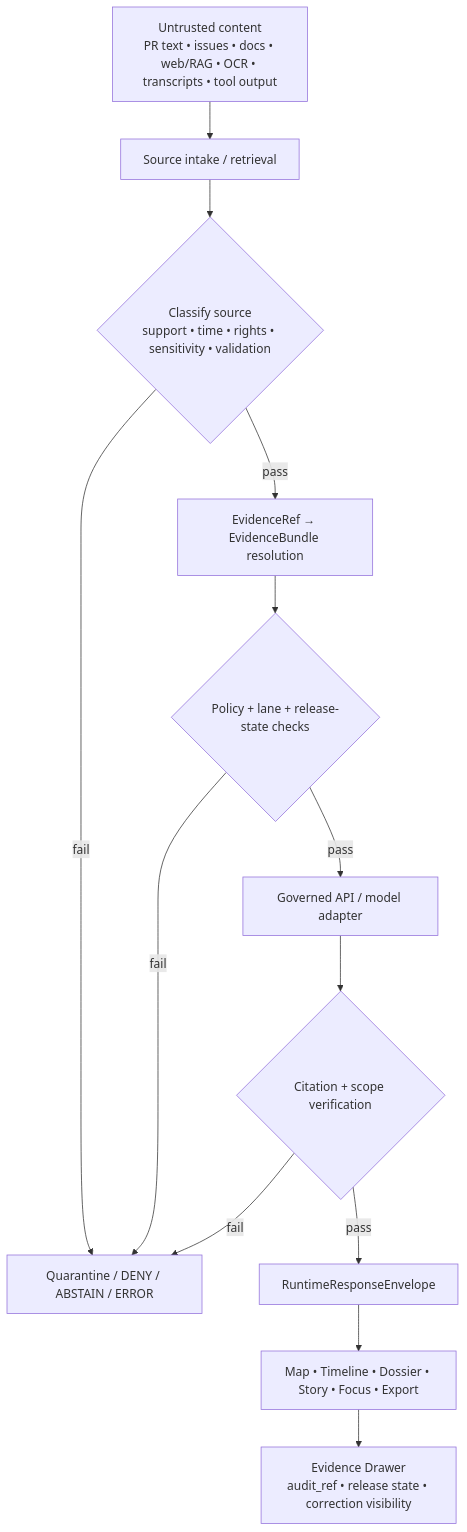
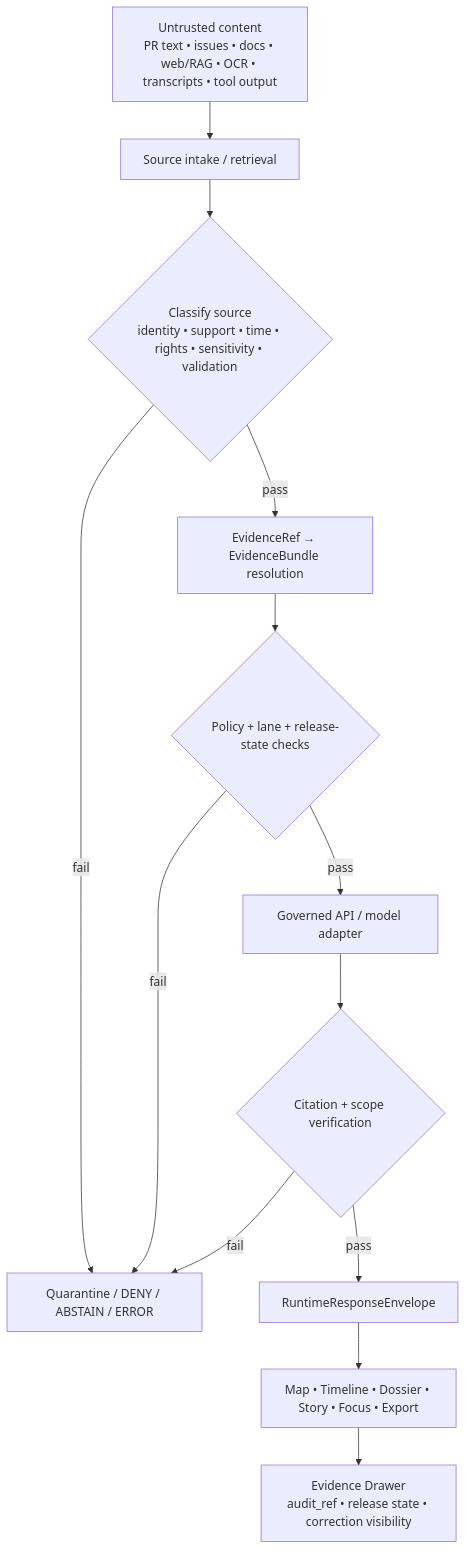
One commit to bartytime4life/Kansas-Frontier-Matrix changed the diagram in docs/security/prompt-injection-defense.md. Above: the diagram before and after it, drawn with Mermaid. The commit also changed other lines of this file, not shown here.

````diff
--- a/docs/security/prompt-injection-defense.md
+++ b/docs/security/prompt-injection-defense.md
@@ -129,15 +208,15 @@
 ```mermaid
 flowchart TD
     A[Untrusted content<br/>PR text • issues • docs • web/RAG • OCR • transcripts • tool output] --> B[Source intake / retrieval]
-    B --> C{Classify source<br/>support • time • rights • sensitivity • validation}
+    B --> C{Classify source<br/>identity • support • time • rights • sensitivity • validation}
     C -->|fail| Q[Quarantine / DENY / ABSTAIN / ERROR]
     C -->|pass| D[EvidenceRef → EvidenceBundle resolution]
     D --> E{Policy + lane + release-state checks}
     E -->|fail| Q
     E -->|pass| F[Governed API / model adapter]
     F --> G{Citation + scope verification}
     G -->|fail| Q
     G -->|pass| H[RuntimeResponseEnvelope]
     H --> I[Map • Timeline • Dossier • Story • Focus • Export]
     I --> J[Evidence Drawer<br/>audit_ref • release state • correction visibility]
 ```
````
